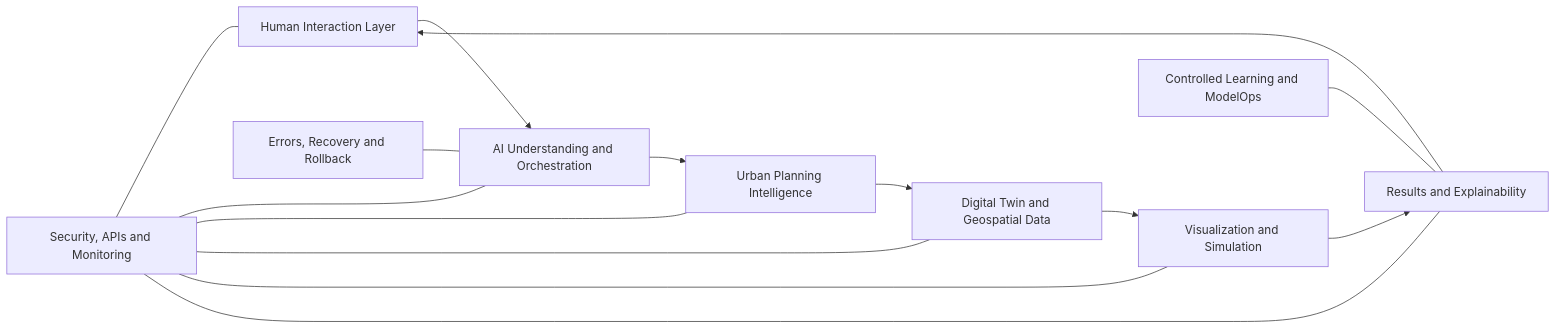
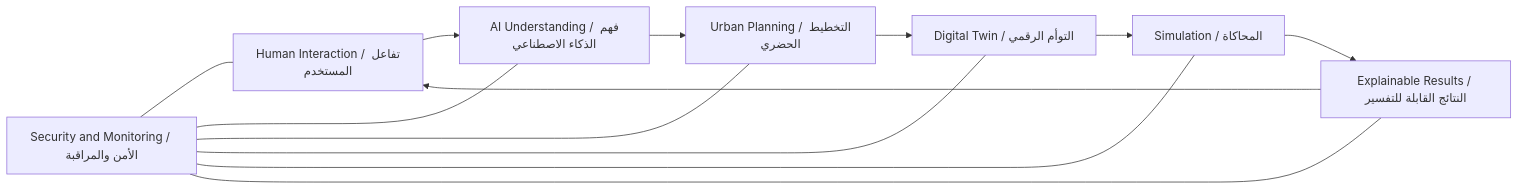
One commit to 1o8t/AI-Future-Lab changed the second of 2 diagrams in README.md. Above: the diagram before and after it, drawn with Mermaid. The commit also changed other lines of this file, not shown here.

````diff
--- a/README.md
+++ b/README.md
@@ -170,19 +126,16 @@
 ```mermaid
 flowchart LR
-    UI[Human Interaction Layer] --> AI[AI Understanding and Orchestration]
-    AI --> PLAN[Urban Planning Intelligence]
-    PLAN --> TWIN[Digital Twin and Geospatial Data]
-    TWIN --> SIM[Visualization and Simulation]
-    SIM --> RESULT[Results and Explainability]
+    UI[Human Interaction / تفاعل المستخدم] --> AI[AI Understanding / فهم الذكاء الاصطناعي]
+    AI --> PLAN[Urban Planning / التخطيط الحضري]
+    PLAN --> TWIN[Digital Twin / التوأم الرقمي]
+    TWIN --> SIM[Simulation / المحاكاة]
+    SIM --> RESULT[Explainable Results / النتائج القابلة للتفسير]
     RESULT --> UI
 
-    SEC[Security, APIs and Monitoring] --- UI
+    SEC[Security and Monitoring / الأمن والمراقبة] --- UI
     SEC --- AI
     SEC --- PLAN
     SEC --- TWIN
     SEC --- SIM
     SEC --- RESULT
-
-    REC[Errors, Recovery and Rollback] --- AI
-    LEARN[Controlled Learning and ModelOps] --- RESULT
 ```
````
